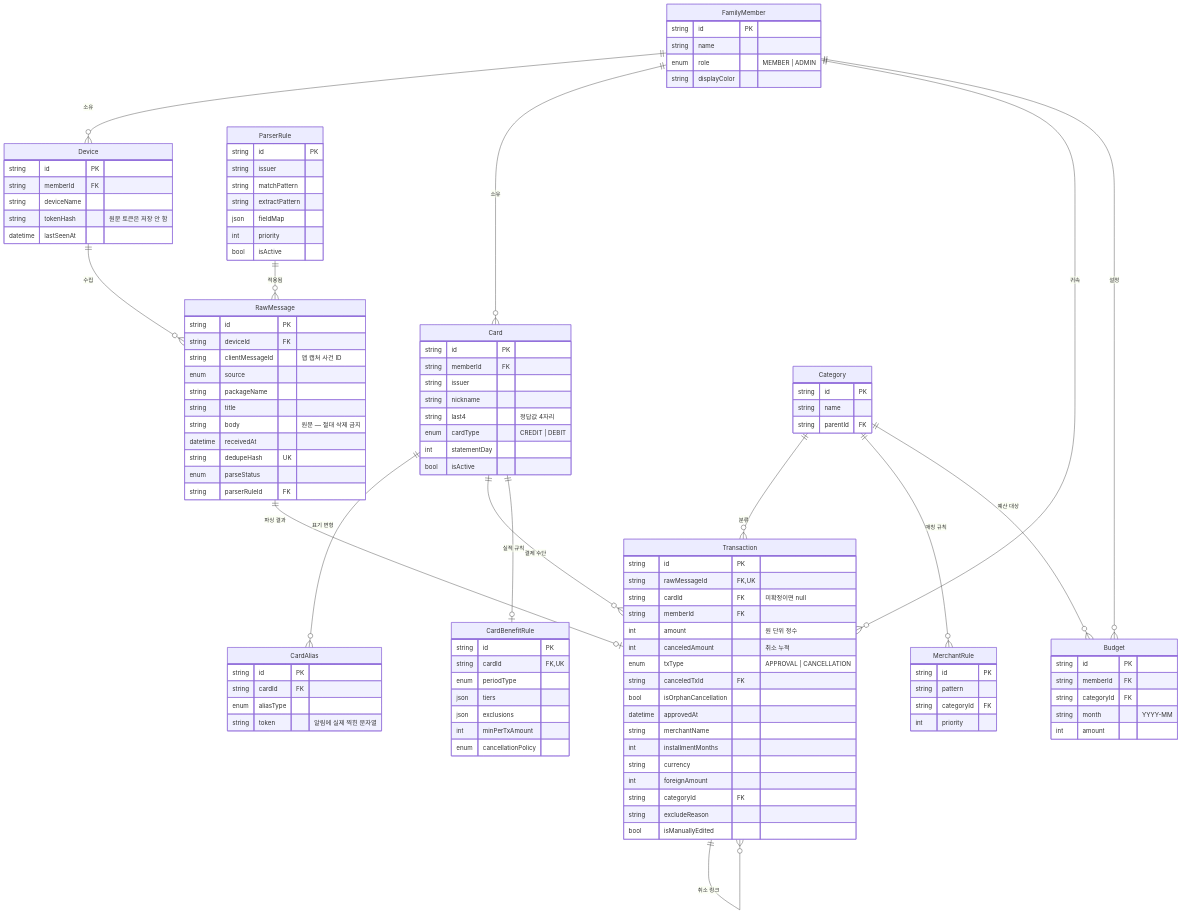
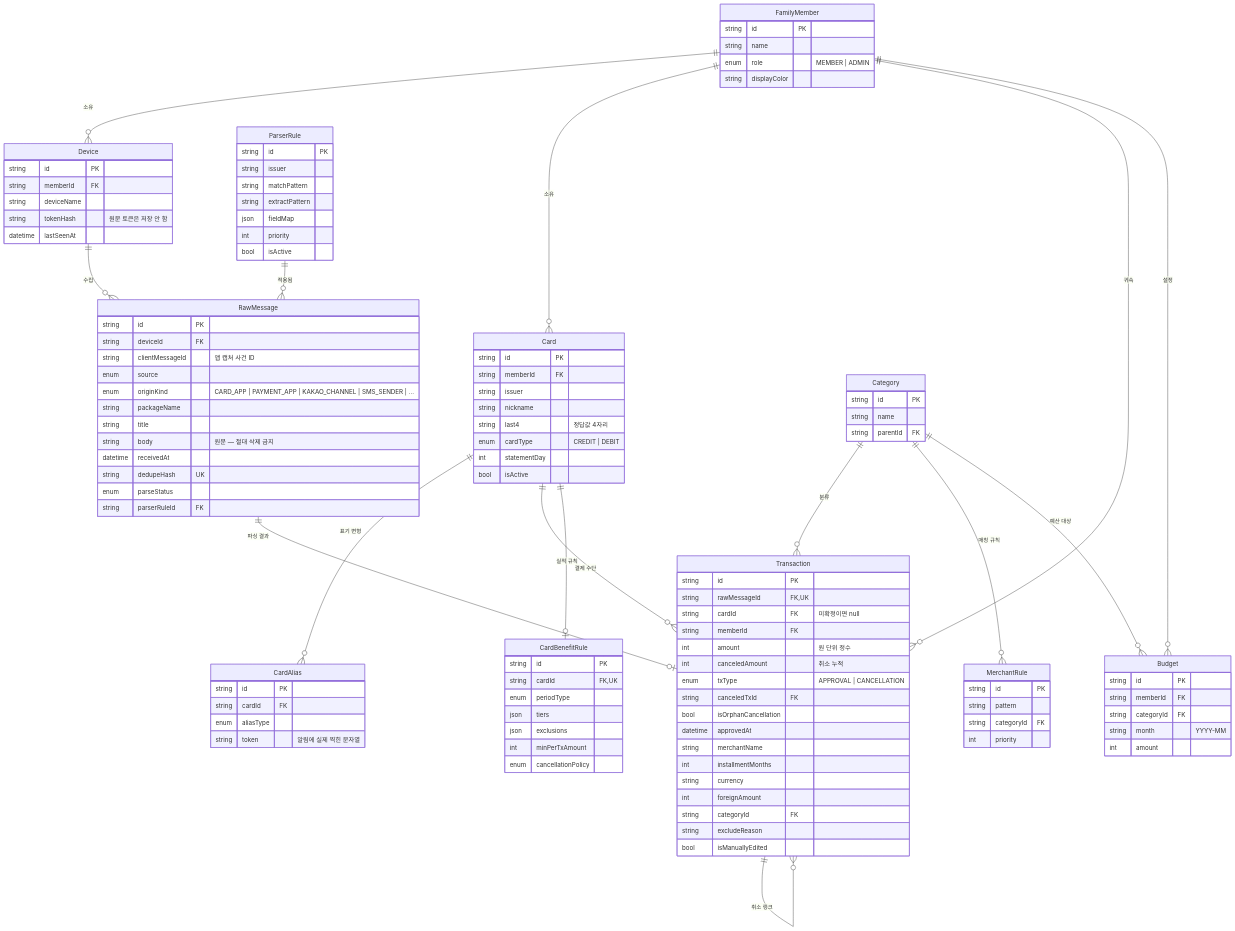
The diagram in docs/design/01-data-model.md (jihoon22-lee/FamilyCard), drawn with Mermaid before and after one commit. The commit also changed other lines of this file and 42 other files, not shown here.

```diff
--- a/docs/design/01-data-model.md
+++ b/docs/design/01-data-model.md
@@ -65,6 +69,7 @@
         string deviceId FK
         string clientMessageId "앱 캡처 사건 ID"
         enum   source
+        enum   originKind "CARD_APP | PAYMENT_APP | KAKAO_CHANNEL | SMS_SENDER | ..."
         string packageName
         string title
         string body "원문 — 절대 삭제 금지"
```
